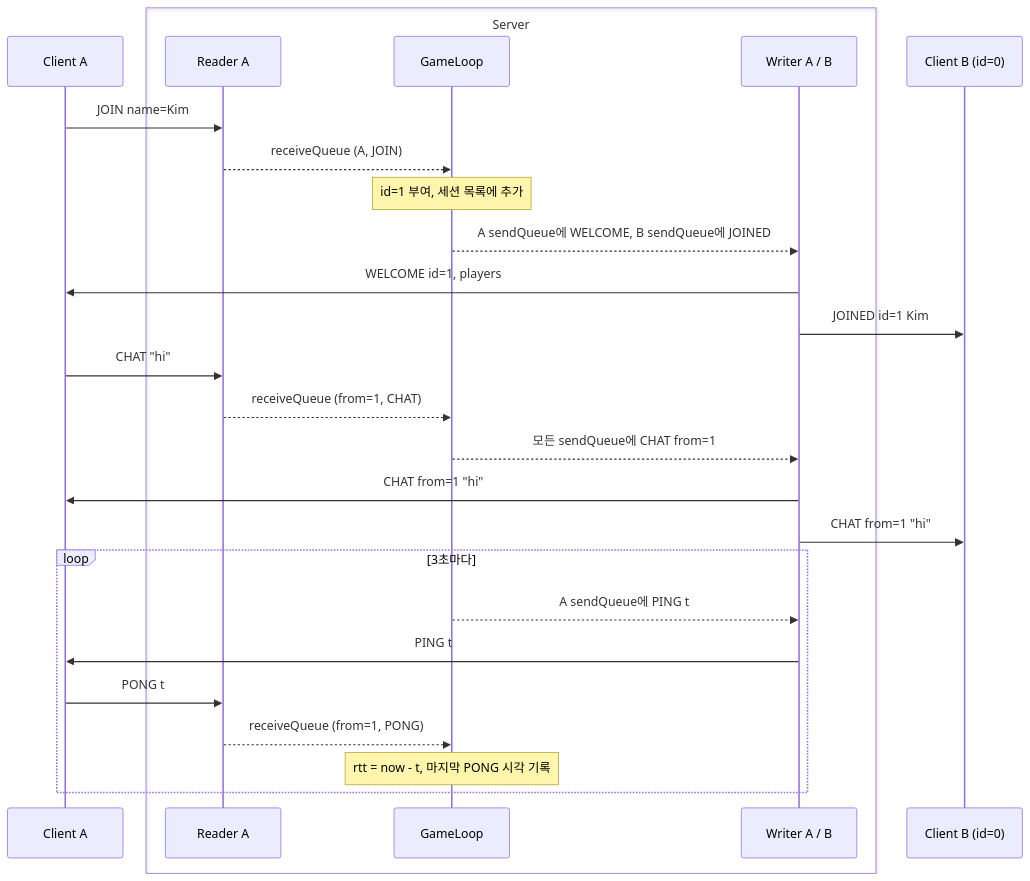
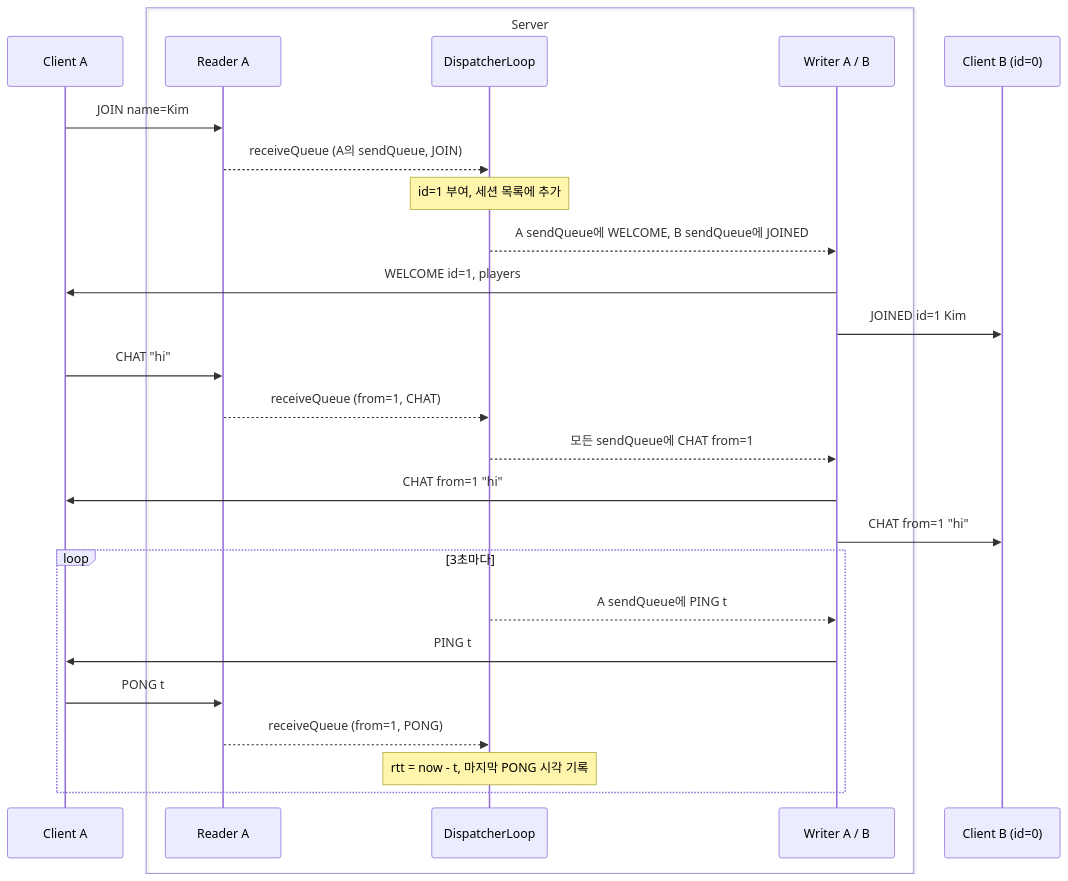
Before and after one commit to networkMinigame/minigame: the first of 2 diagrams in docs/thread-diagram/v1/protocol.md, drawn with Mermaid. The commit also changed other lines of this file and 14 other files, not shown here.

````diff
--- a/docs/thread-diagram/v1/protocol.md
+++ b/docs/thread-diagram/v1/protocol.md
@@ -10,31 +12,31 @@
 ```mermaid
 sequenceDiagram
     participant A as Client A
     box Server
         participant RA as Reader A
-        participant GL as GameLoop
+        participant GL as DispatcherLoop
         participant SQ as Writer A / B
     end
     participant B as Client B (id=0)
 
     A->>RA: JOIN name=Kim
-    RA-->>GL: receiveQueue (A, JOIN)
+    RA-->>GL: receiveQueue (A의 sendQueue, JOIN)
     Note over GL: id=1 부여, 세션 목록에 추가
     GL-->>SQ: A sendQueue에 WELCOME, B sendQueue에 JOINED
     SQ->>A: WELCOME id=1, players
     SQ->>B: JOINED id=1 Kim
 
     A->>RA: CHAT "hi"
     RA-->>GL: receiveQueue (from=1, CHAT)
     GL-->>SQ: 모든 sendQueue에 CHAT from=1
     SQ->>A: CHAT from=1 "hi"
     SQ->>B: CHAT from=1 "hi"
 
     loop 3초마다
         GL-->>SQ: A sendQueue에 PING t
         SQ->>A: PING t
         A->>RA: PONG t
         RA-->>GL: receiveQueue (from=1, PONG)
         Note over GL: rtt = now - t, 마지막 PONG 시각 기록
     end
 ```
````
